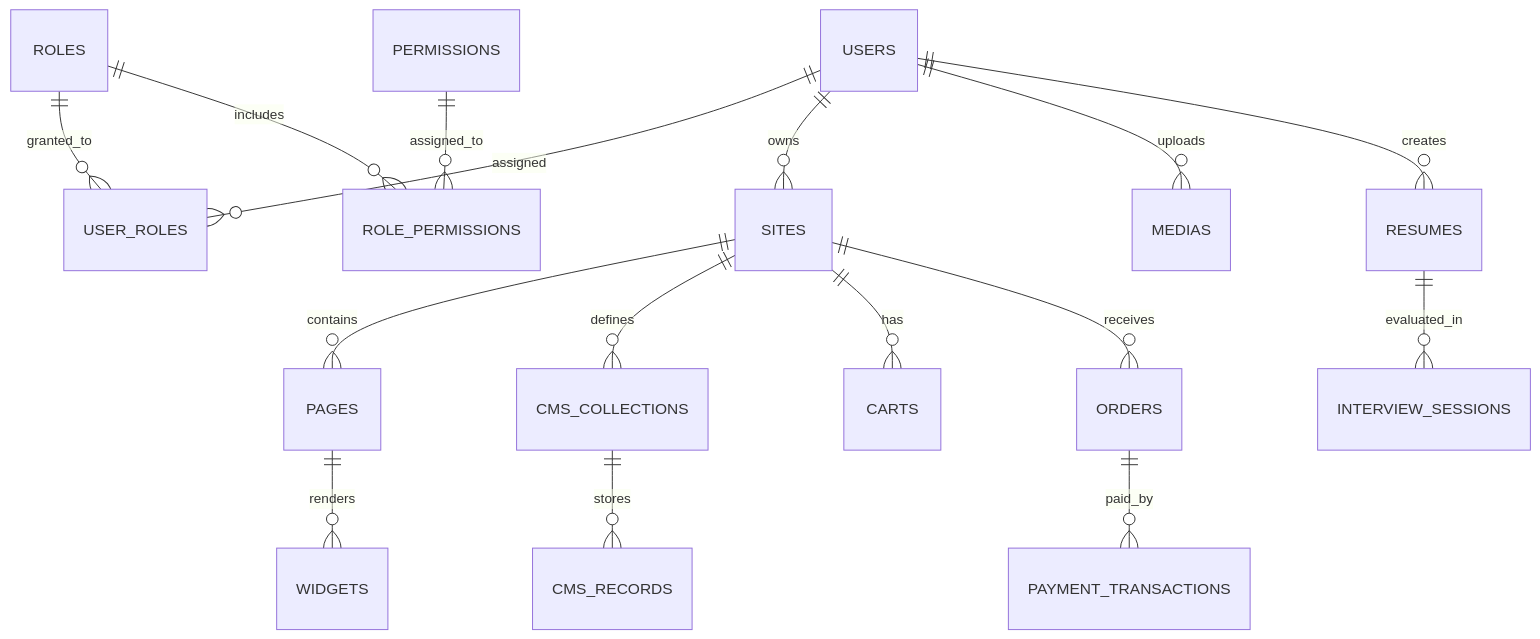
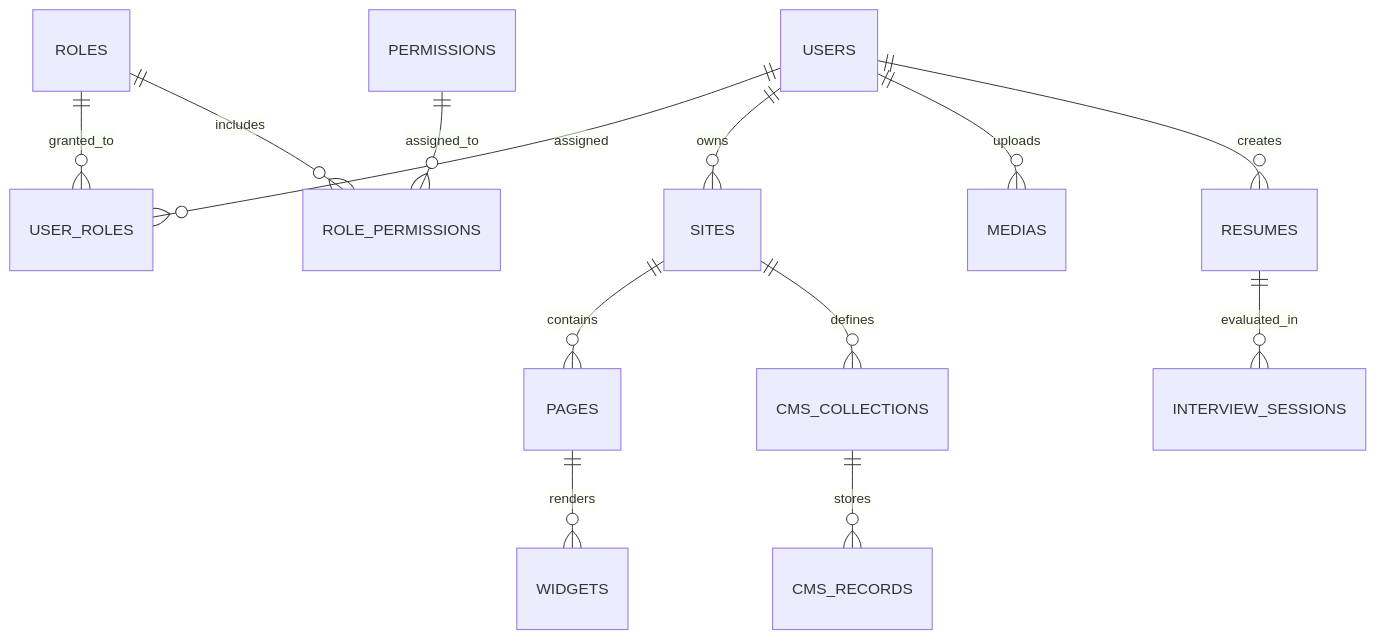
One commit to KrisCTer/Genzite changed the diagram in docs/database-design.md. Above: the diagram before and after it, drawn with Mermaid. The commit also changed other lines of this file and 168 other files, not shown here.

````diff
--- a/docs/database-design.md
+++ b/docs/database-design.md
@@ -14,18 +14,15 @@
 ```mermaid
 erDiagram
     USERS ||--o{ USER_ROLES : "assigned"
     ROLES ||--o{ USER_ROLES : "granted_to"
     ROLES ||--o{ ROLE_PERMISSIONS : "includes"
     PERMISSIONS ||--o{ ROLE_PERMISSIONS : "assigned_to"
     USERS ||--o{ SITES : "owns"
     SITES ||--o{ PAGES : "contains"
     PAGES ||--o{ WIDGETS : "renders"
     SITES ||--o{ CMS_COLLECTIONS : "defines"
     CMS_COLLECTIONS ||--o{ CMS_RECORDS : "stores"
     USERS ||--o{ MEDIAS : "uploads"
-    SITES ||--o{ CARTS : "has"
-    SITES ||--o{ ORDERS : "receives"
-    ORDERS ||--o{ PAYMENT_TRANSACTIONS : "paid_by"
     USERS ||--o{ RESUMES : "creates"
     RESUMES ||--o{ INTERVIEW_SESSIONS : "evaluated_in"
 ```
````
